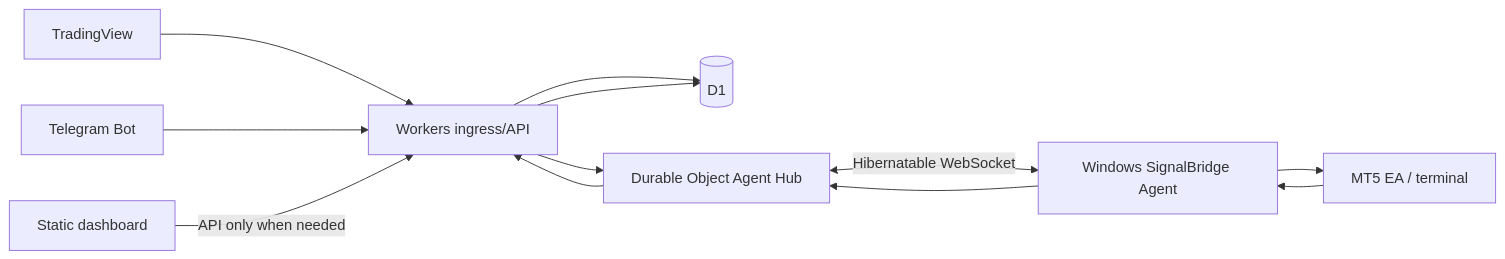
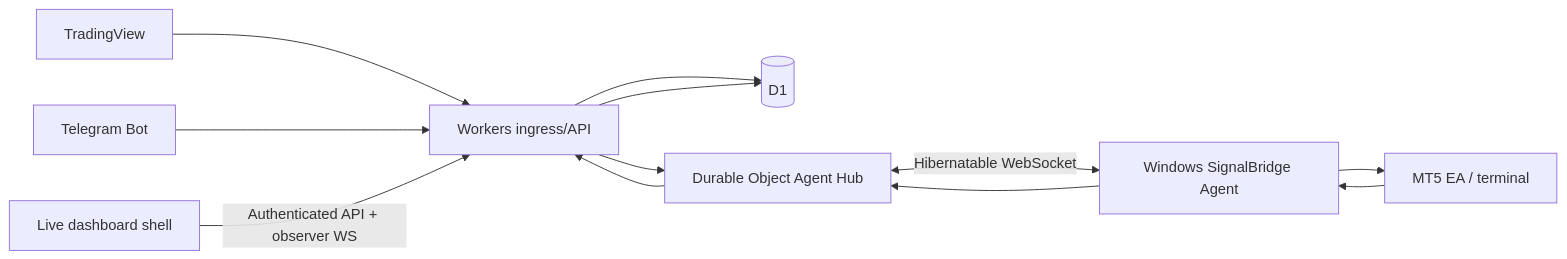
The diagram in docs/CLOUDFLARE_FREE_FIRST.md (drfxai/Signal-Bridge), drawn with Mermaid before and after one commit. The commit also changed other lines of this file, not shown here.

Commit message:
docs: define dashboard as live event-driven state

````diff
--- a/docs/CLOUDFLARE_FREE_FIRST.md
+++ b/docs/CLOUDFLARE_FREE_FIRST.md
@@ -46,14 +46,14 @@
 ```mermaid
 flowchart LR
   TV[TradingView] --> W[Workers ingress/API]
   TG[Telegram Bot] --> W
-  UI[Static dashboard] -->|API only when needed| W
+  UI[Live dashboard shell] -->|Authenticated API + observer WS| W
   W --> D1[(D1)]
   W --> HUB[Durable Object Agent Hub]
   HUB <-->|Hibernatable WebSocket| AG[Windows SignalBridge Agent]
   AG --> EA[MT5 EA / terminal]
   EA --> AG
   AG --> HUB
   HUB --> W
   W --> D1
 ```
````
